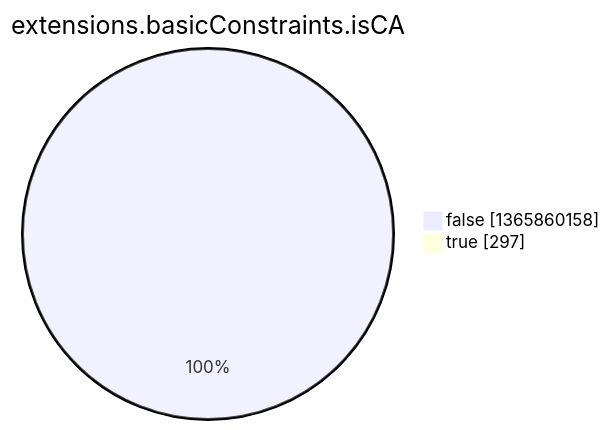
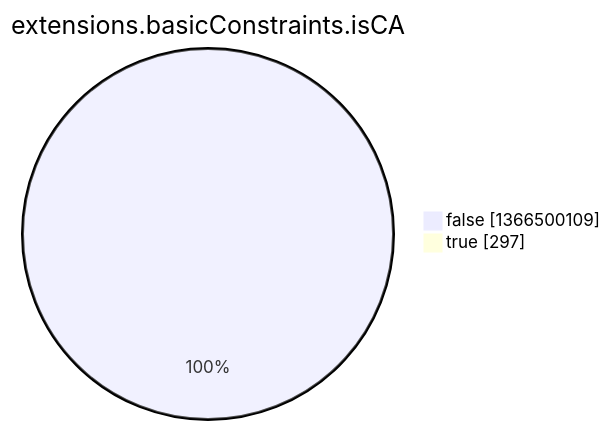
The eighth of 15 diagrams in argon2022/README.md (christiankrug/ctmonitor_visualization), drawn with Mermaid before and after one commit. The commit also changed other lines of this file, not shown here.

````diff
--- a/argon2022/README.md
+++ b/argon2022/README.md
@@ -2758,6 +2758,6 @@
 ```mermaid
 pie showData
 title extensions.basicConstraints.isCA
-"false" :1365860158
+"false" :1366500109
 "true" :297
 ```
````
